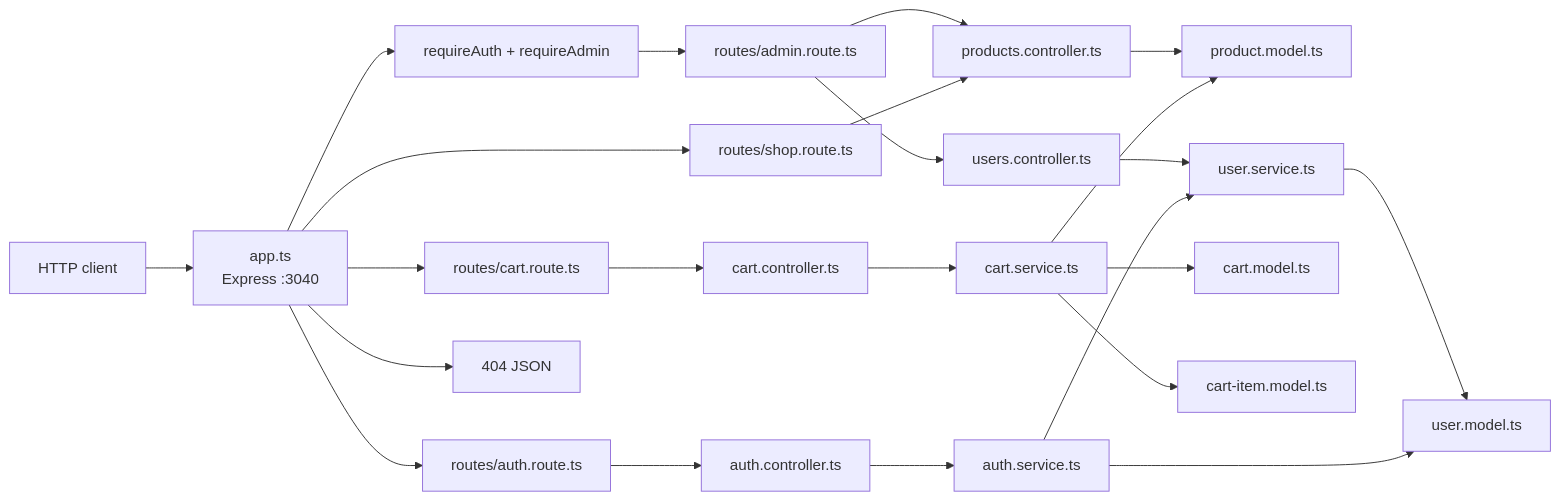
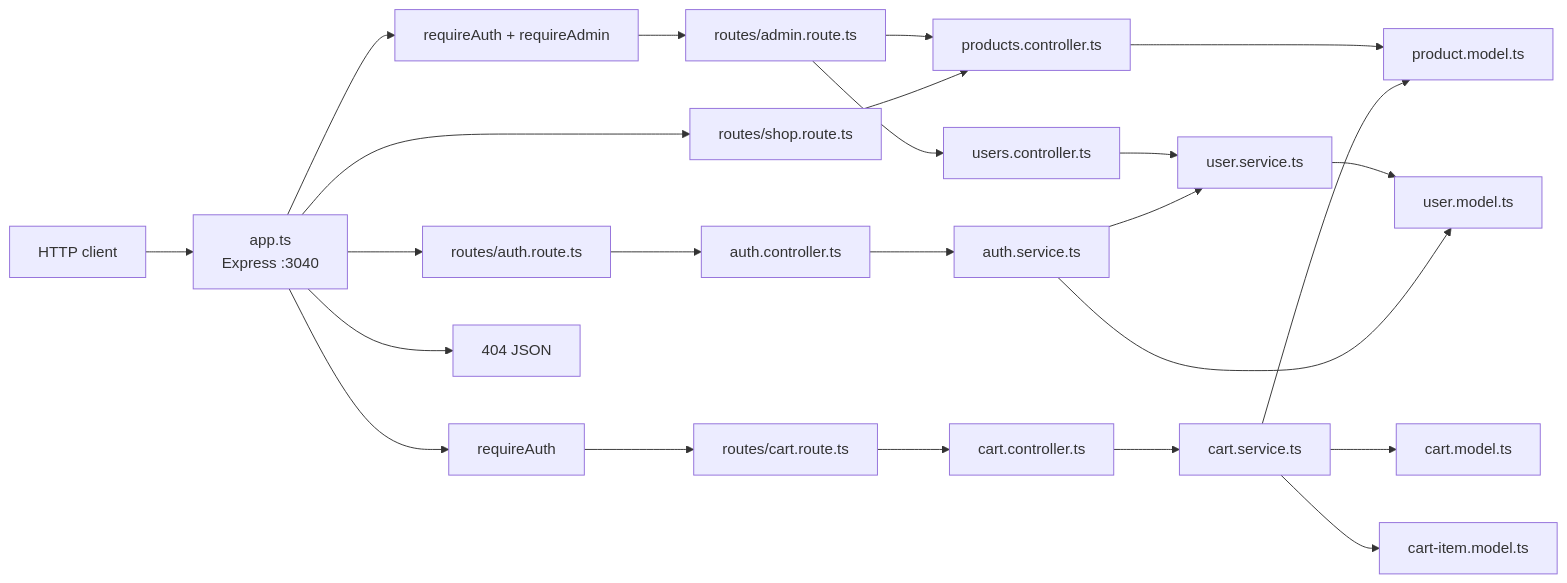
Before and after one commit to engmagdy87/backend-concepts: the diagram in README.md, drawn with Mermaid. The commit also changed other lines of this file and 19 other files, not shown here.

````diff
--- a/README.md
+++ b/README.md
@@ -166,25 +163,26 @@
 ```mermaid
 flowchart LR
   Client["HTTP client"] --> App["app.ts\nExpress :3040"]
   App --> Guard["requireAuth + requireAdmin"]
   Guard --> Admin["routes/admin.route.ts"]
   App --> Shop["routes/shop.route.ts"]
-  App --> CartRt["routes/cart.route.ts"]
+  App --> CartGuard["requireAuth"]
+  CartGuard --> CartRt["routes/cart.route.ts"]
   App --> AuthRt["routes/auth.route.ts"]
   App --> NotFound["404 JSON"]
   Admin --> ProdCtrl["products.controller.ts"]
   Admin --> UsersCtrl["users.controller.ts"]
   Shop --> ProdCtrl
   CartRt --> CartCtrl["cart.controller.ts"]
   AuthRt --> AuthCtrl["auth.controller.ts"]
   ProdCtrl --> ProdModel["product.model.ts"]
   UsersCtrl --> UserSvc["user.service.ts"]
   AuthCtrl --> AuthSvc["auth.service.ts"]
   AuthSvc --> UserSvc
   UserSvc --> UserModel["user.model.ts"]
   AuthSvc --> UserModel
   CartCtrl --> CartSvc["cart.service.ts"]
   CartSvc --> ProdModel
   CartSvc --> CartModel["cart.model.ts"]
   CartSvc --> CartItemModel["cart-item.model.ts"]
 ```
````
